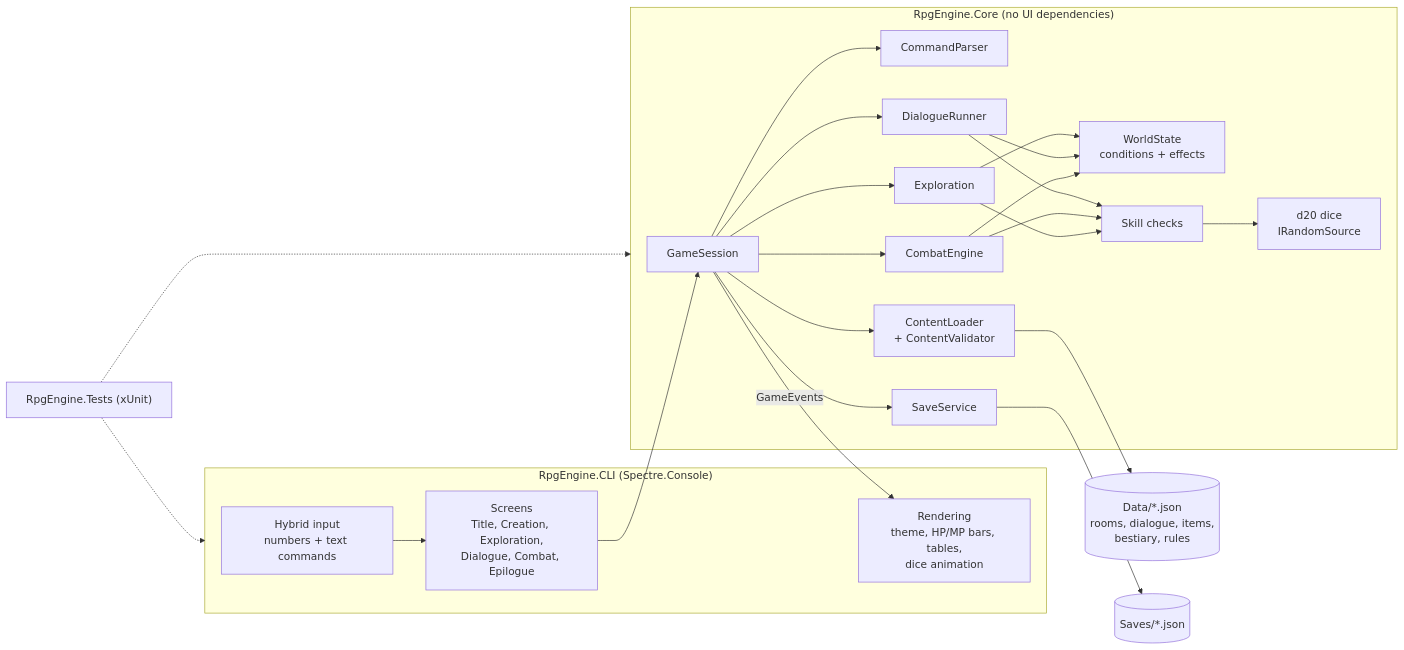
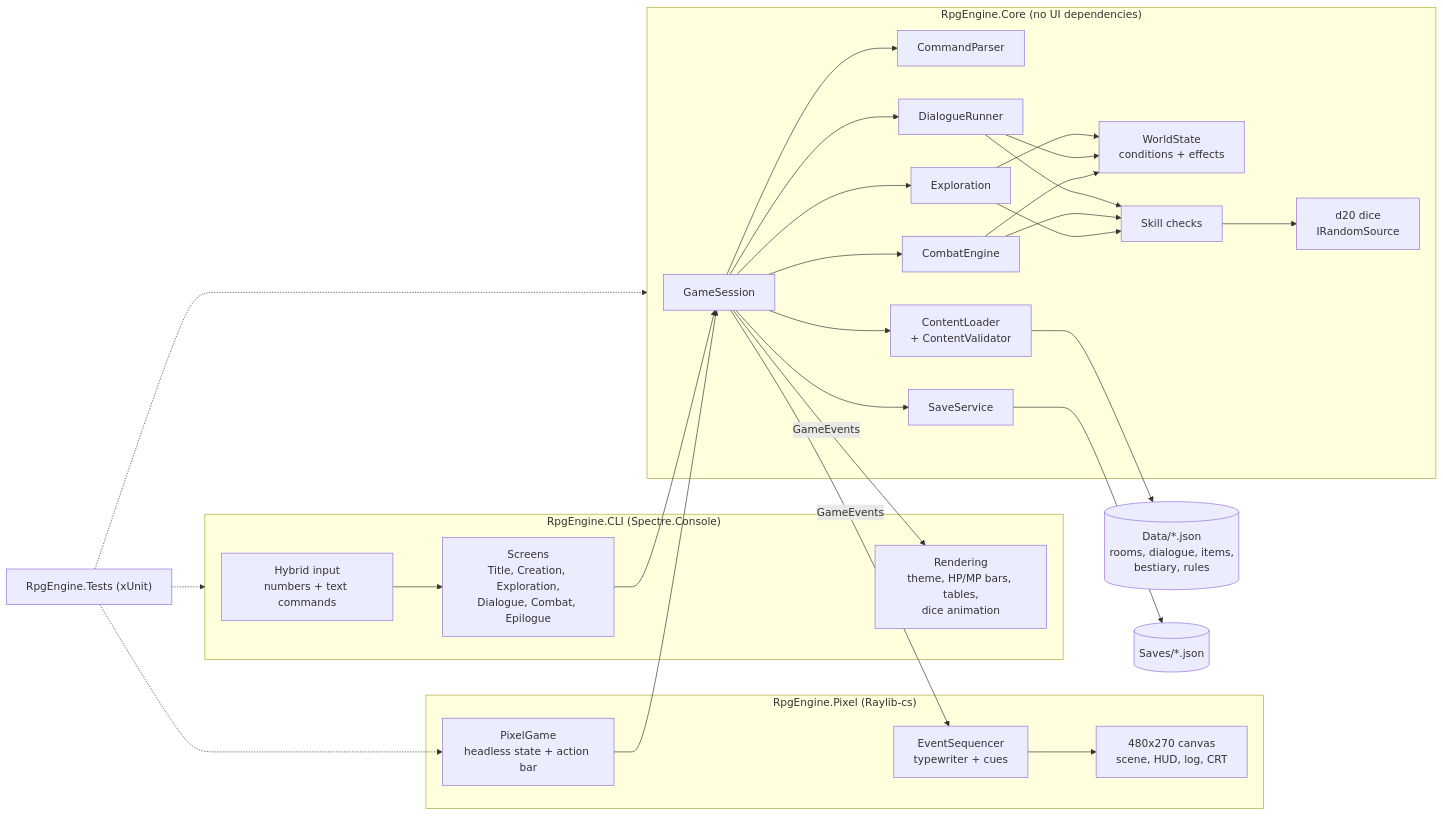
Before and after one commit to phanto17/text-rpg-engine: the diagram in README.md, drawn with Mermaid. The commit also changed other lines of this file and 1 other file, not shown here.

Commit message:
docs: describe the pixel client in the readme and contributor guide

````diff
--- a/README.md
+++ b/README.md
@@ -53,37 +60,46 @@
 ```mermaid
 flowchart LR
     subgraph CLI["RpgEngine.CLI (Spectre.Console)"]
         Input["Hybrid input<br/>numbers + text commands"]
         Screens["Screens<br/>Title, Creation, Exploration,<br/>Dialogue, Combat, Epilogue"]
         Render["Rendering<br/>theme, HP/MP bars, tables,<br/>dice animation"]
+    end
+
+    subgraph Pixel["RpgEngine.Pixel (Raylib-cs)"]
+        PixelGame["PixelGame<br/>headless state + action bar"]
+        Sequencer["EventSequencer<br/>typewriter + cues"]
+        Canvas["480x270 canvas<br/>scene, HUD, log, CRT"]
     end
 
     subgraph Core["RpgEngine.Core (no UI dependencies)"]
         Session["GameSession"]
         Parser["CommandParser"]
         Explore["Exploration"]
         Dialogue["DialogueRunner"]
         Combat["CombatEngine"]
         World["WorldState<br/>conditions + effects"]
         Checks["Skill checks"]
         Dice["d20 dice<br/>IRandomSource"]
         Content["ContentLoader<br/>+ ContentValidator"]
         Persist["SaveService"]
     end
 
     Data[("Data/*.json<br/>rooms, dialogue, items,<br/>bestiary, rules")]
     Saves[("Saves/*.json")]
     Tests["RpgEngine.Tests (xUnit)"]
 
     Input --> Screens --> Session
     Session -- "GameEvents" --> Render
+    PixelGame --> Session
+    Session -- "GameEvents" --> Sequencer --> Canvas
     Session --> Parser & Explore & Dialogue & Combat
     Explore & Dialogue & Combat --> World
     Dialogue & Combat & Explore --> Checks --> Dice
     Content --> Data
     Session --> Content
     Persist --> Saves
     Session --> Persist
     Tests -.-> Core
     Tests -.-> CLI
+    Tests -.-> PixelGame
 ```
````
